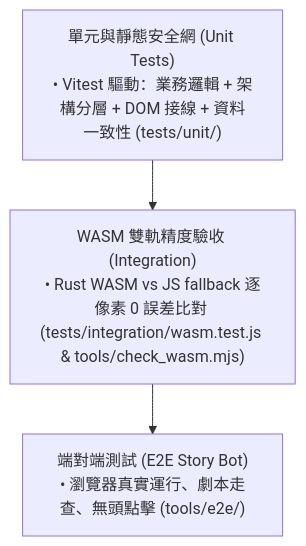
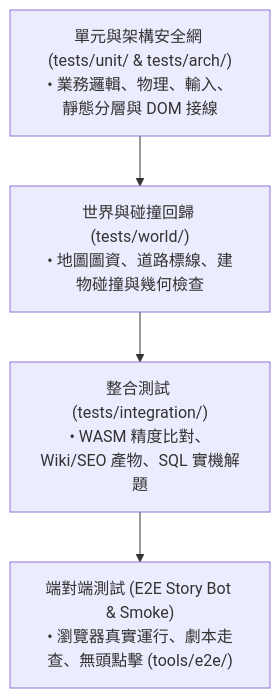
The diagram in docs/guide/developer-guide.md (howardtuan/YanlinGTA), drawn with Mermaid before and after one commit. The commit also changed other lines of this file and 48 other files, not shown here.

````diff
--- a/docs/guide/developer-guide.md
+++ b/docs/guide/developer-guide.md
@@ -67,9 +67,9 @@
 ```mermaid
 flowchart TD
-    E2E["端對端測試 (E2E Story Bot)<br/>• 瀏覽器真實運行、劇本走查、無頭點擊 (tools/e2e/)"]
-    WASM["WASM 雙軌精度驗收 (Integration)<br/>• Rust WASM vs JS fallback 逐像素 0 誤差比對 (tests/integration/wasm.test.js & tools/check_wasm.mjs)"]
-    Unit["單元與靜態安全網 (Unit Tests)<br/>• Vitest 驅動：業務邏輯 + 架構分層 + DOM 接線 + 資料一致性 (tests/unit/)"]
+    E2E["端對端測試 (E2E Story Bot & Smoke)<br/>• 瀏覽器真實運行、劇本走查、無頭點擊 (tools/e2e/)"]
+    Integration["整合測試 (tests/integration/)<br/>• WASM 精度比對、Wiki/SEO 產物、SQL 實機解題"]
+    World["世界與碰撞回歸 (tests/world/)<br/>• 地圖圖資、道路標線、建物碰撞與幾何檢查"]
+    ArchUnit["單元與架構安全網 (tests/unit/ & tests/arch/)<br/>• 業務邏輯、物理、輸入、靜態分層與 DOM 接線"]
 
-    Unit --> WASM
-    WASM --> E2E
+    ArchUnit --> World --> Integration --> E2E
 ```
````
